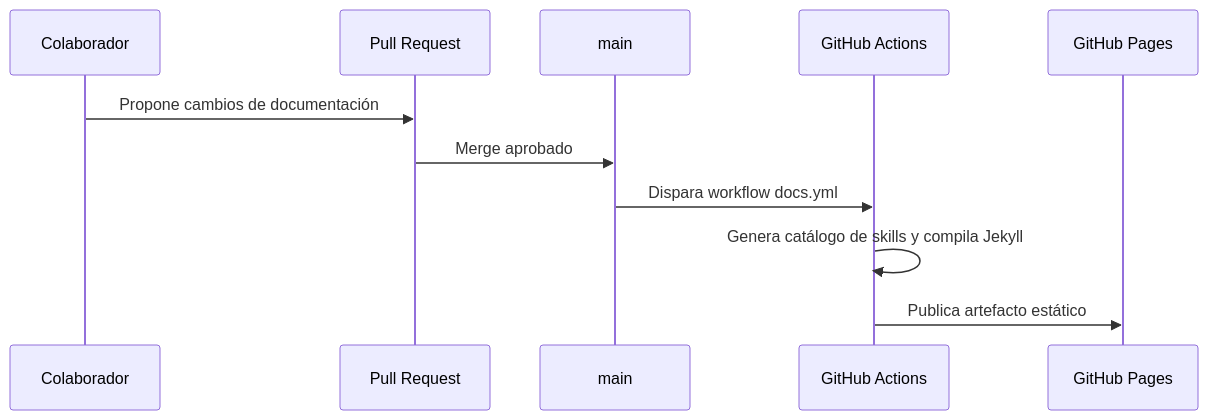
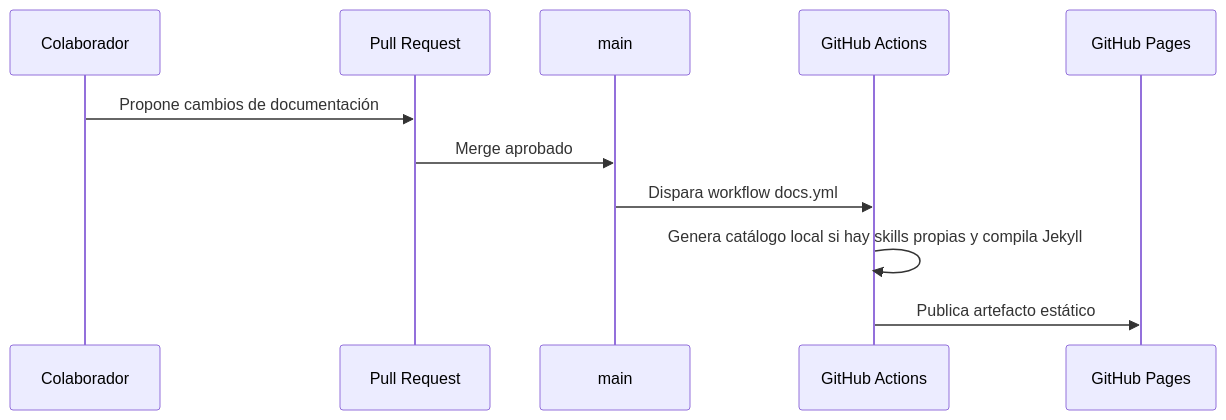
Before and after one commit to L4CR/L4.Land4.Docs: the third of 3 diagrams in docs-repo/docs/arquitectura.md, drawn with Mermaid. The commit also changed other lines of this file and 24 other files, not shown here.

First line of the commit message:
Documentar GitHub Flow y centralizar skills LAND4 (#22)

````diff
--- a/docs-repo/docs/arquitectura.md
+++ b/docs-repo/docs/arquitectura.md
@@ -95,14 +98,14 @@
 ```mermaid
 sequenceDiagram
     participant Dev as Colaborador
     participant PR as Pull Request
     participant Main as main
     participant Actions as GitHub Actions
     participant Pages as GitHub Pages
 
     Dev->>PR: Propone cambios de documentación
     PR->>Main: Merge aprobado
     Main->>Actions: Dispara workflow docs.yml
-    Actions->>Actions: Genera catálogo de skills y compila Jekyll
+    Actions->>Actions: Genera catálogo local si hay skills propias y compila Jekyll
     Actions->>Pages: Publica artefacto estático
 ```
````
